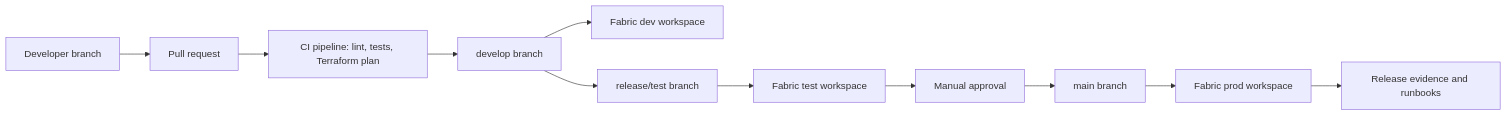
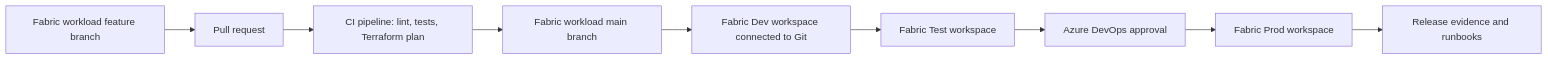
The diagram in IMPLEMENTATION_GUIDE.md (Muz-tek/fabric-cicd), drawn with Mermaid before and after one commit. The commit also changed other lines of this file and 20 other files, not shown here.

Commit message:
Refactor Fabric CI/CD to DevOps promotion model

````diff
--- a/IMPLEMENTATION_GUIDE.md
+++ b/IMPLEMENTATION_GUIDE.md
@@ -16,13 +23,11 @@
 ```mermaid
 flowchart LR
-  Dev["Developer branch"] --> PR["Pull request"]
+  Dev["Fabric workload feature branch"] --> PR["Pull request"]
   PR --> CI["CI pipeline: lint, tests, Terraform plan"]
-  CI --> Develop["develop branch"]
-  Develop --> DevWS["Fabric dev workspace"]
-  Develop --> Release["release/test branch"]
-  Release --> TestWS["Fabric test workspace"]
-  TestWS --> Approval["Manual approval"]
-  Approval --> Main["main branch"]
-  Main --> ProdWS["Fabric prod workspace"]
+  CI --> Main["Fabric workload main branch"]
+  Main --> DevWS["Fabric Dev workspace connected to Git"]
+  DevWS --> TestWS["Fabric Test workspace"]
+  TestWS --> Approval["Azure DevOps approval"]
+  Approval --> ProdWS["Fabric Prod workspace"]
   ProdWS --> Evidence["Release evidence and runbooks"]
 ```
````
